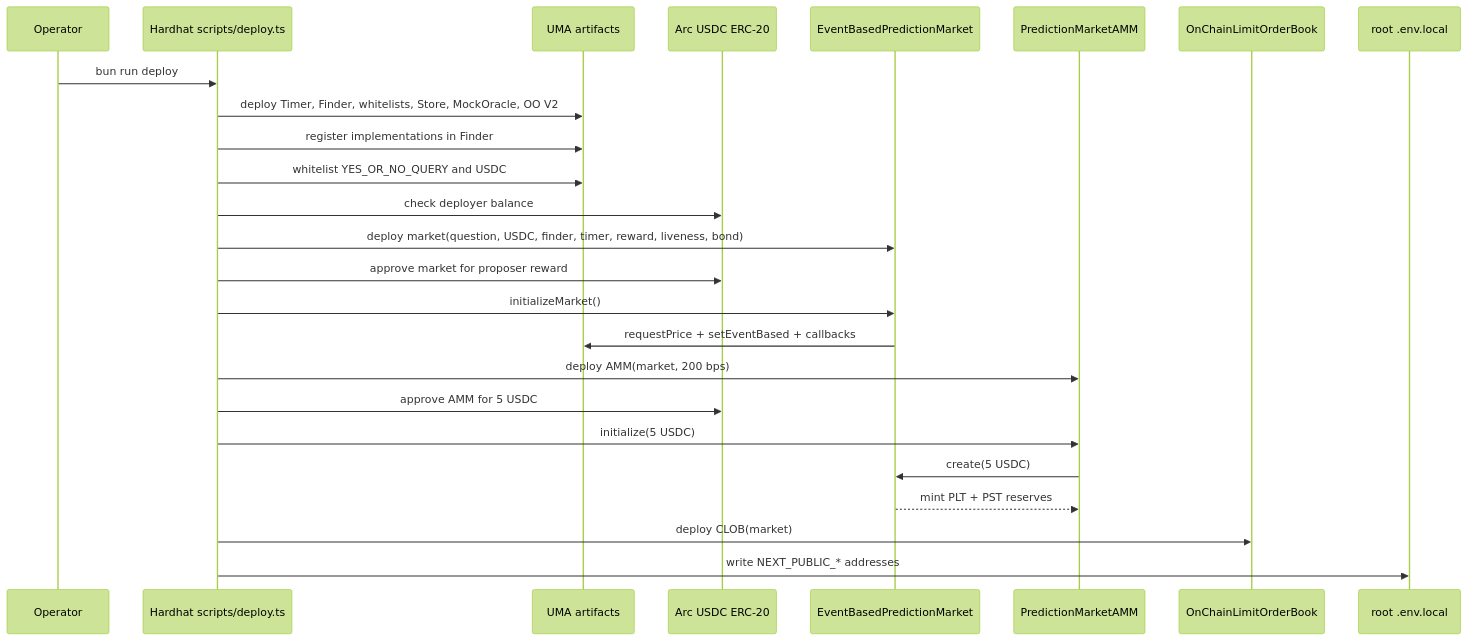
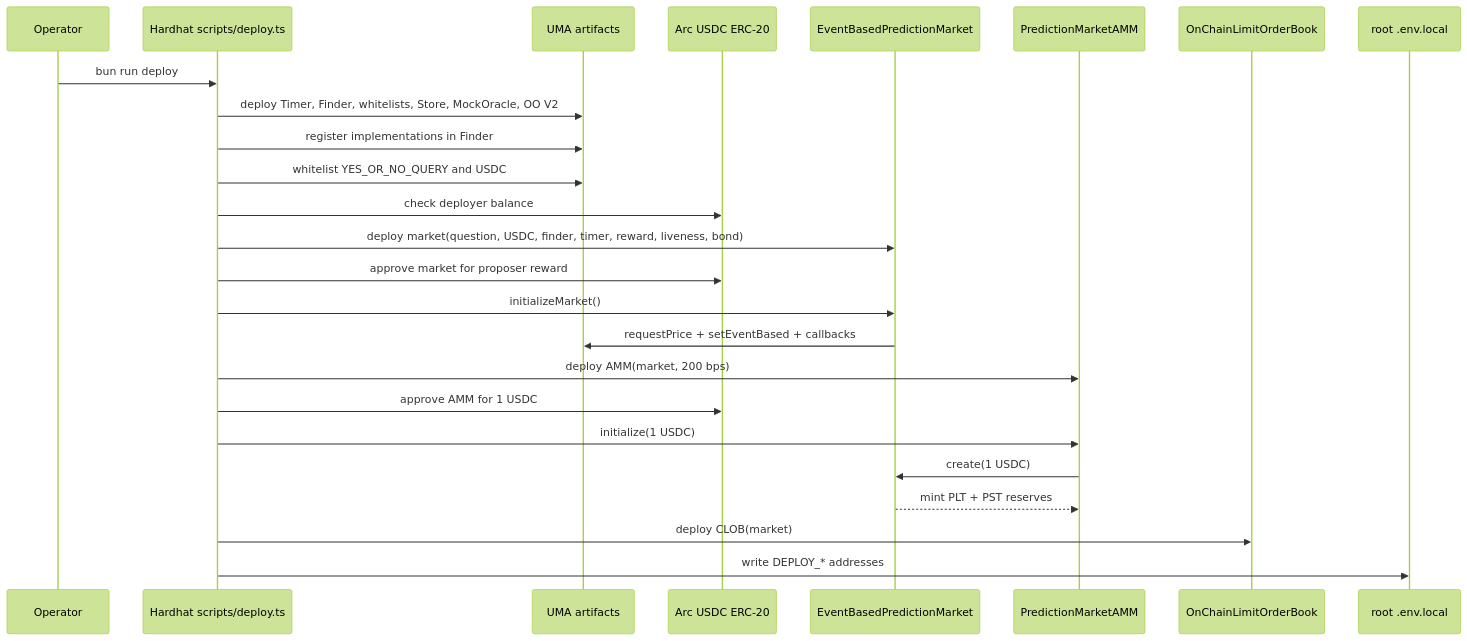
The fourth of 9 diagrams in docs/architecture-diagram.md (Kirashchuk/Predict-Edge), drawn with Mermaid (forest theme) before and after one commit. The commit also changed other lines of this file and 50 other files, not shown here.

````diff
--- a/docs/architecture-diagram.md
+++ b/docs/architecture-diagram.md
@@ -126,28 +122,28 @@
 ```mermaid
 sequenceDiagram
     participant Op as Operator
     participant HH as Hardhat scripts/deploy.ts
     participant UMA as UMA artifacts
     participant USDC as Arc USDC ERC-20
     participant MKT as EventBasedPredictionMarket
     participant AMM as PredictionMarketAMM
     participant CLOB as OnChainLimitOrderBook
     participant Env as root .env.local
 
     Op->>HH: bun run deploy
     HH->>UMA: deploy Timer, Finder, whitelists, Store, MockOracle, OO V2
     HH->>UMA: register implementations in Finder
     HH->>UMA: whitelist YES_OR_NO_QUERY and USDC
     HH->>USDC: check deployer balance
     HH->>MKT: deploy market(question, USDC, finder, timer, reward, liveness, bond)
     HH->>USDC: approve market for proposer reward
     HH->>MKT: initializeMarket()
     MKT->>UMA: requestPrice + setEventBased + callbacks
     HH->>AMM: deploy AMM(market, 200 bps)
-    HH->>USDC: approve AMM for 5 USDC
-    HH->>AMM: initialize(5 USDC)
-    AMM->>MKT: create(5 USDC)
+    HH->>USDC: approve AMM for 1 USDC
+    HH->>AMM: initialize(1 USDC)
+    AMM->>MKT: create(1 USDC)
     MKT-->>AMM: mint PLT + PST reserves
     HH->>CLOB: deploy CLOB(market)
-    HH->>Env: write NEXT_PUBLIC_* addresses
+    HH->>Env: write DEPLOY_* addresses
 ```
````
